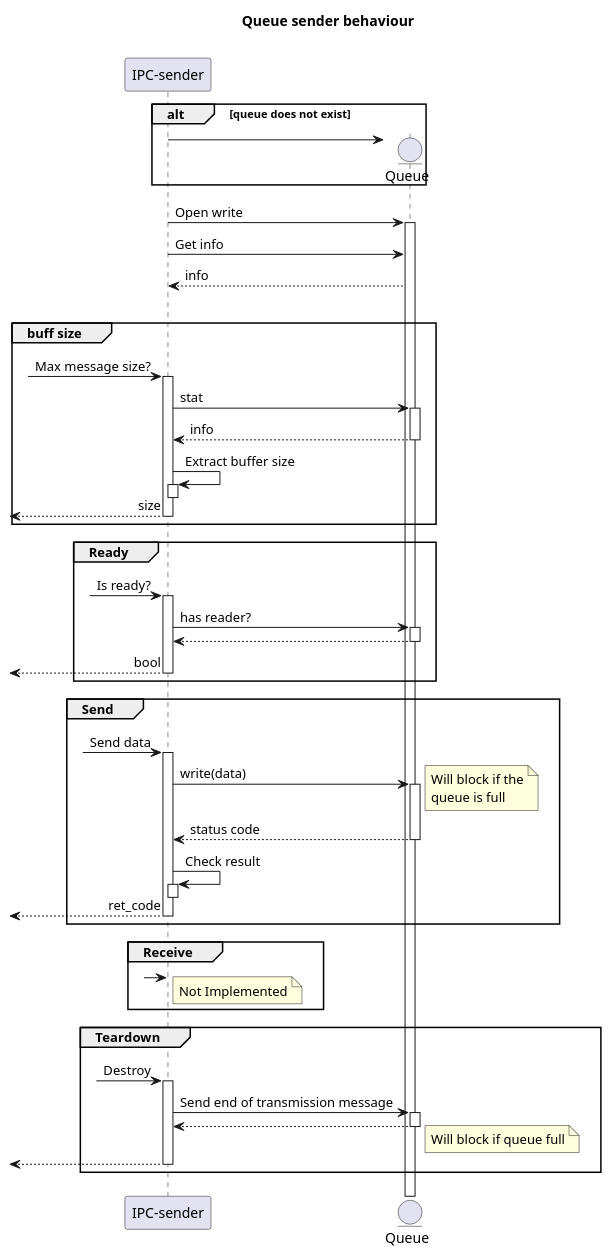
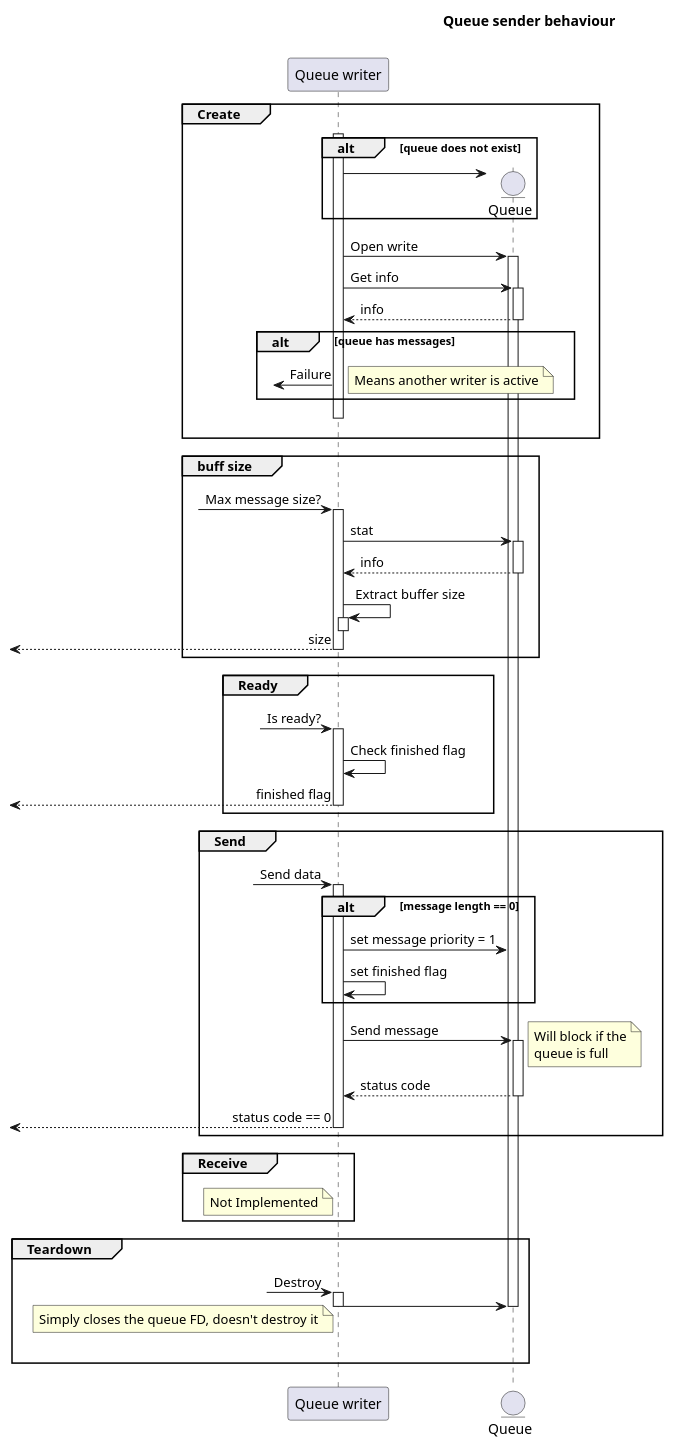
One commit to LorenzoRuffati/oop-ocp-cpp changed the diagram in docs/plantuml/queue/sequence_queue_send.puml. Above: the diagram before and after it, drawn with PlantUML. The commit also changed other lines of this file and 6 other files, not shown here.

Commit message:
Refine uml diagrams and add links to planttext

```diff
--- a/docs/plantuml/queue/sequence_queue_send.puml
+++ b/docs/plantuml/queue/sequence_queue_send.puml
@@ -1,57 +2,76 @@
 @startuml Queue_send
 !pragma teoz true
 
 title "Queue sender behaviour"
-participant "IPC-sender" as IS
+participant "Queue writer" as IS
 entity Queue as Q
-
-alt queue does not exist
-IS -> Q **
-end
-
-IS -> Q ++: Open write
-IS -> Q: Get info
-IS <-- Q: info
-|||
+group Create
+  activate IS
+  alt queue does not exist
+    IS -> Q **
+  end
+  IS -> Q ++: Open write
+  IS -> Q ++: Get info
+  return info
+  alt queue has messages
+    ?<-IS: Failure
+    note right: Means another writer is active
+  end
+  deactivate IS
+  |||
+end 
 
 group buff size
 ?-> IS ++: Max message size?
 IS -> Q ++: stat
 return info
 IS -> IS ++: Extract buffer size
 deactivate IS
 return size
 end
 
 group Ready
-?-> IS ++: Is ready?
-IS -> Q ++: has reader?
-return
-return bool
+  ?-> IS ++: Is ready?
+  IS -> IS: Check finished flag
+  return finished flag
 end
 
+
+
+
+
+
+
+
+
+
+
+
+
 group Send
-?-> IS ++: Send data
-IS -> Q ++: write(data)
-note right: Will block if the\nqueue is full
-return status code
-IS -> IS ++: Check result
-deactivate IS
-return ret_code
+  ?-> IS ++: Send data
+  alt message length == 0
+    IS -> Q: set message priority = 1
+    IS -> IS: set finished flag
+  end
+  IS -> Q ++: Send message
+  note right: Will block if the\nqueue is full
+  return status code
+  return status code == 0 
 end
 
 group Receive
-?->IS
-note right: Not Implemented
+note left of IS: Not Implemented
 end
 
 group Teardown
 ?->IS ++: Destroy
-IS -> Q ++: Send end of transmission message
-return
-note right: Will block if queue full
-return
+IS -> Q
+deactivate Q
+deactivate IS
+|||
+note left: Simply closes the queue FD, doesn't destroy it
 
 end
 
 @enduml
```
